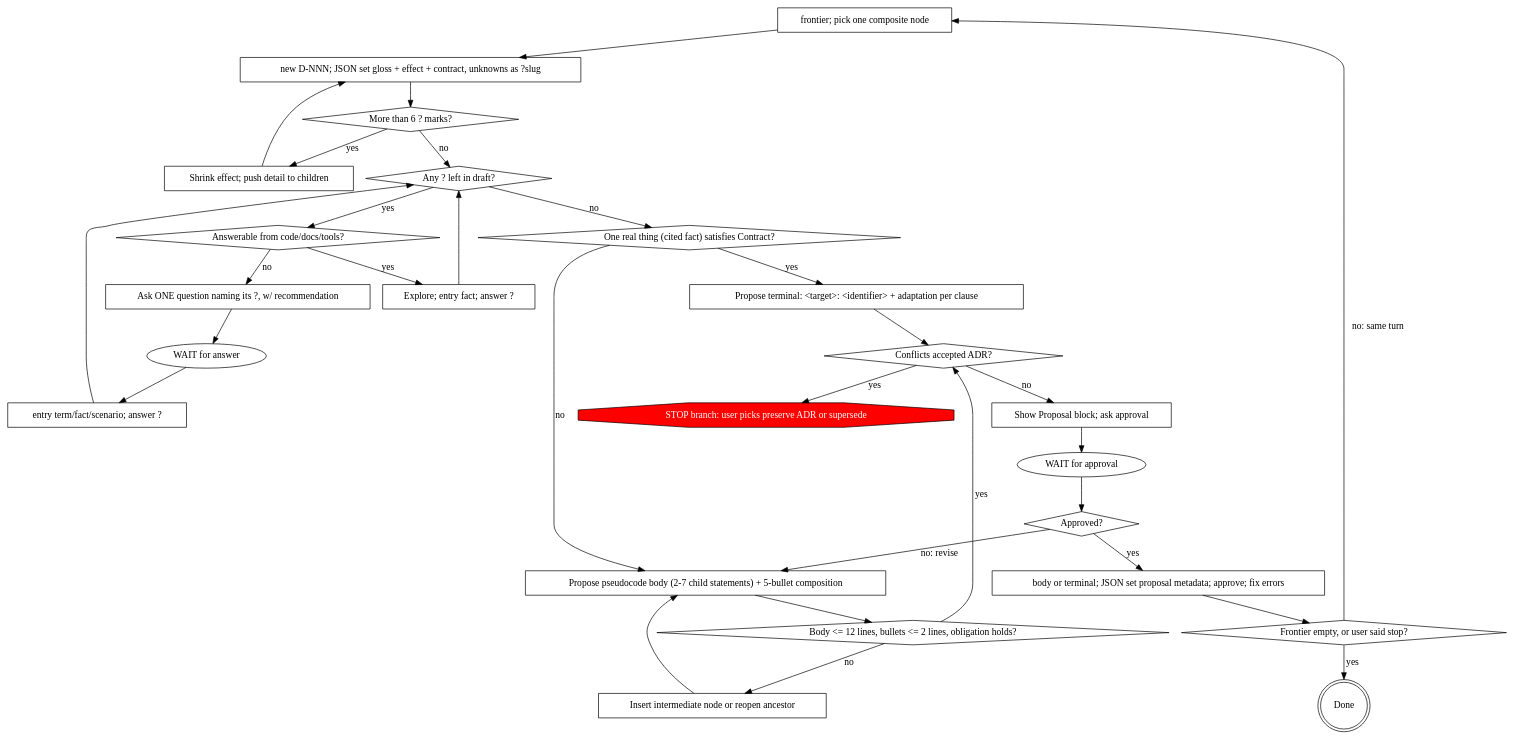
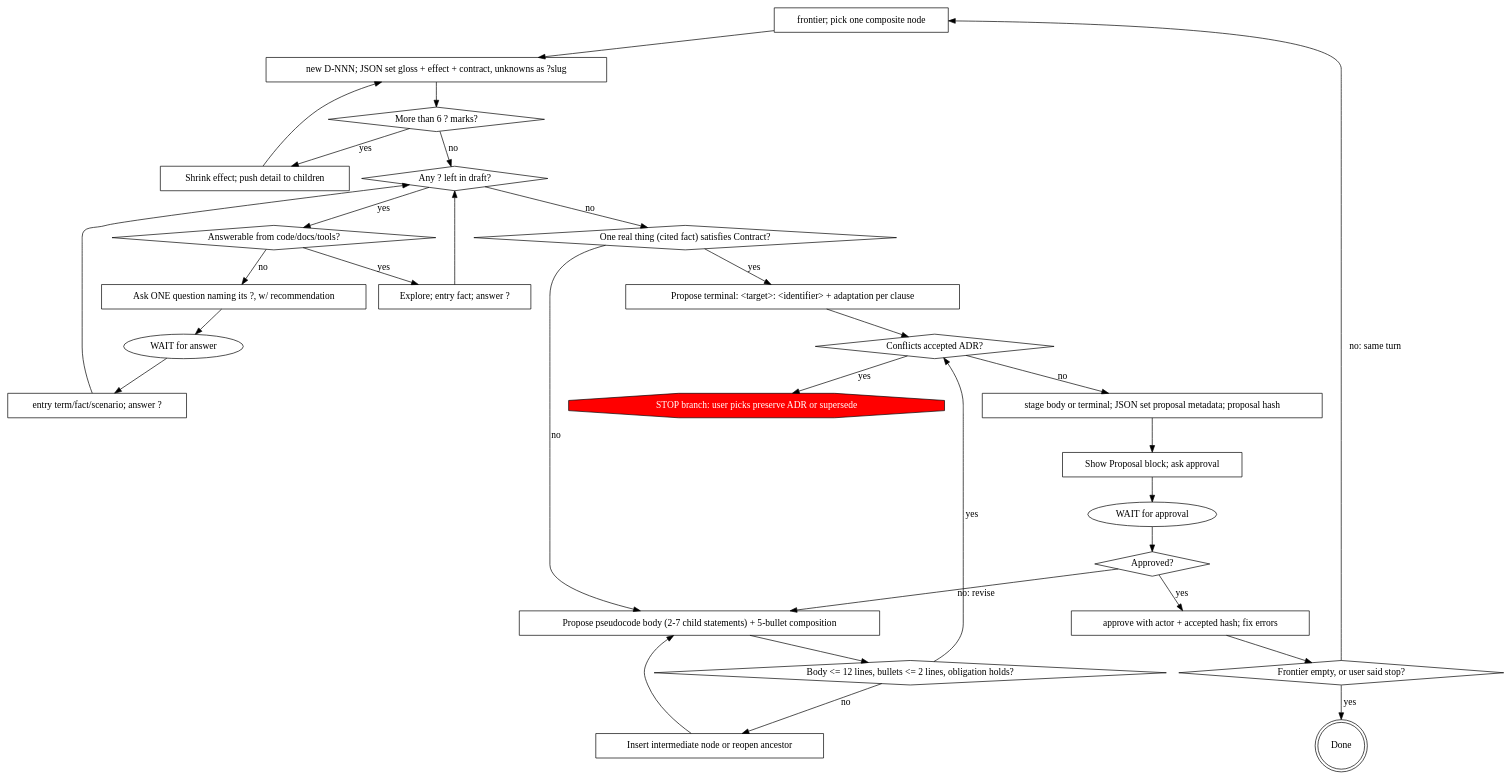
One commit to HollandDM/my-skills changed the diagram in constructing-software-stepwise/skills/constructing-software-stepwise/SKILL.md. Above: the diagram before and after it, drawn with Graphviz. The commit also changed other lines of this file and 5 other files, not shown here.

````diff
--- a/constructing-software-stepwise/skills/constructing-software-stepwise/SKILL.md
+++ b/constructing-software-stepwise/skills/constructing-software-stepwise/SKILL.md
@@ -132,57 +132,59 @@
 ```dot
 digraph refine {
     "frontier; pick one composite node" [shape=box];
     "new D-NNN; JSON set gloss + effect + contract, unknowns as ?slug" [shape=box];
     "More than 6 ? marks?" [shape=diamond];
     "Shrink effect; push detail to children" [shape=box];
     "Any ? left in draft?" [shape=diamond];
     "Answerable from code/docs/tools?" [shape=diamond];
     "Explore; entry fact; answer ?" [shape=box];
     "Ask ONE question naming its ?, w/ recommendation" [shape=box];
     "WAIT for answer" [shape=ellipse];
     "entry term/fact/scenario; answer ?" [shape=box];
     "One real thing (cited fact) satisfies Contract?" [shape=diamond];
     "Propose terminal: <target>: <identifier> + adaptation per clause" [shape=box];
     "Propose pseudocode body (2-7 child statements) + 5-bullet composition" [shape=box];
     "Body <= 12 lines, bullets <= 2 lines, obligation holds?" [shape=diamond];
     "Insert intermediate node or reopen ancestor" [shape=box];
     "Conflicts accepted ADR?" [shape=diamond];
     "STOP branch: user picks preserve ADR or supersede" [shape=octagon, style=filled, fillcolor=red, fontcolor=white];
     "Show Proposal block; ask approval" [shape=box];
     "WAIT for approval" [shape=ellipse];
     "Approved?" [shape=diamond];
-    "body or terminal; JSON set proposal metadata; approve; fix errors" [shape=box];
+    "stage body or terminal; JSON set proposal metadata; proposal hash" [shape=box];
+    "approve with actor + accepted hash; fix errors" [shape=box];
     "Frontier empty, or user said stop?" [shape=diamond];
     "Done" [shape=doublecircle];
 
     "frontier; pick one composite node" -> "new D-NNN; JSON set gloss + effect + contract, unknowns as ?slug";
     "new D-NNN; JSON set gloss + effect + contract, unknowns as ?slug" -> "More than 6 ? marks?";
     "More than 6 ? marks?" -> "Shrink effect; push detail to children" [label="yes"];
     "Shrink effect; push detail to children" -> "new D-NNN; JSON set gloss + effect + contract, unknowns as ?slug";
     "More than 6 ? marks?" -> "Any ? left in draft?" [label="no"];
     "Any ? left in draft?" -> "Answerable from code/docs/tools?" [label="yes"];
     "Answerable from code/docs/tools?" -> "Explore; entry fact; answer ?" [label="yes"];
     "Explore; entry fact; answer ?" -> "Any ? left in draft?";
     "Answerable from code/docs/tools?" -> "Ask ONE question naming its ?, w/ recommendation" [label="no"];
     "Ask ONE question naming its ?, w/ recommendation" -> "WAIT for answer";
     "WAIT for answer" -> "entry term/fact/scenario; answer ?";
     "entry term/fact/scenario; answer ?" -> "Any ? left in draft?";
     "Any ? left in draft?" -> "One real thing (cited fact) satisfies Contract?" [label="no"];
     "One real thing (cited fact) satisfies Contract?" -> "Propose terminal: <target>: <identifier> + adaptation per clause" [label="yes"];
     "Propose terminal: <target>: <identifier> + adaptation per clause" -> "Conflicts accepted ADR?";
     "One real thing (cited fact) satisfies Contract?" -> "Propose pseudocode body (2-7 child statements) + 5-bullet composition" [label="no"];
     "Propose pseudocode body (2-7 child statements) + 5-bullet composition" -> "Body <= 12 lines, bullets <= 2 lines, obligation holds?";
     "Body <= 12 lines, bullets <= 2 lines, obligation holds?" -> "Insert intermediate node or reopen ancestor" [label="no"];
     "Insert intermediate node or reopen ancestor" -> "Propose pseudocode body (2-7 child statements) + 5-bullet composition";
     "Body <= 12 lines, bullets <= 2 lines, obligation holds?" -> "Conflicts accepted ADR?" [label="yes"];
     "Conflicts accepted ADR?" -> "STOP branch: user picks preserve ADR or supersede" [label="yes"];
-    "Conflicts accepted ADR?" -> "Show Proposal block; ask approval" [label="no"];
+    "Conflicts accepted ADR?" -> "stage body or terminal; JSON set proposal metadata; proposal hash" [label="no"];
+    "stage body or terminal; JSON set proposal metadata; proposal hash" -> "Show Proposal block; ask approval";
     "Show Proposal block; ask approval" -> "WAIT for approval";
     "WAIT for approval" -> "Approved?";
     "Approved?" -> "Propose pseudocode body (2-7 child statements) + 5-bullet composition" [label="no: revise"];
-    "Approved?" -> "body or terminal; JSON set proposal metadata; approve; fix errors" [label="yes"];
-    "body or terminal; JSON set proposal metadata; approve; fix errors" -> "Frontier empty, or user said stop?";
+    "Approved?" -> "approve with actor + accepted hash; fix errors" [label="yes"];
+    "approve with actor + accepted hash; fix errors" -> "Frontier empty, or user said stop?";
     "Frontier empty, or user said stop?" -> "Done" [label="yes"];
     "Frontier empty, or user said stop?" -> "frontier; pick one composite node" [label="no: same turn"];
 }
 ```
````
